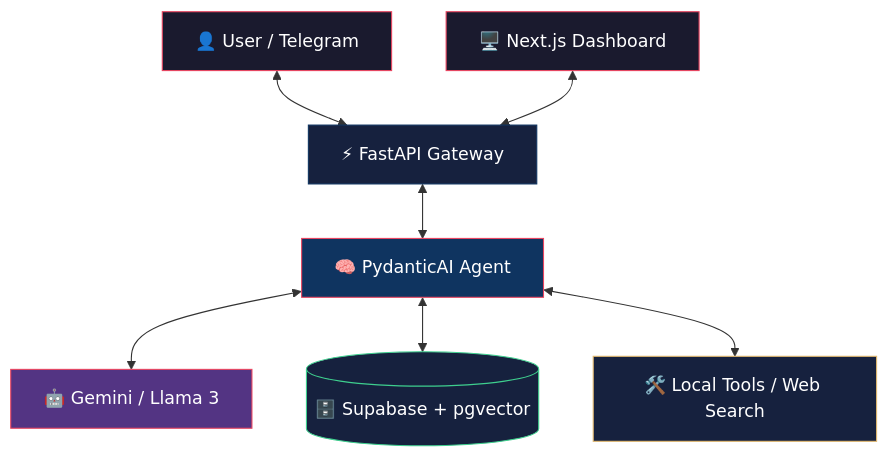
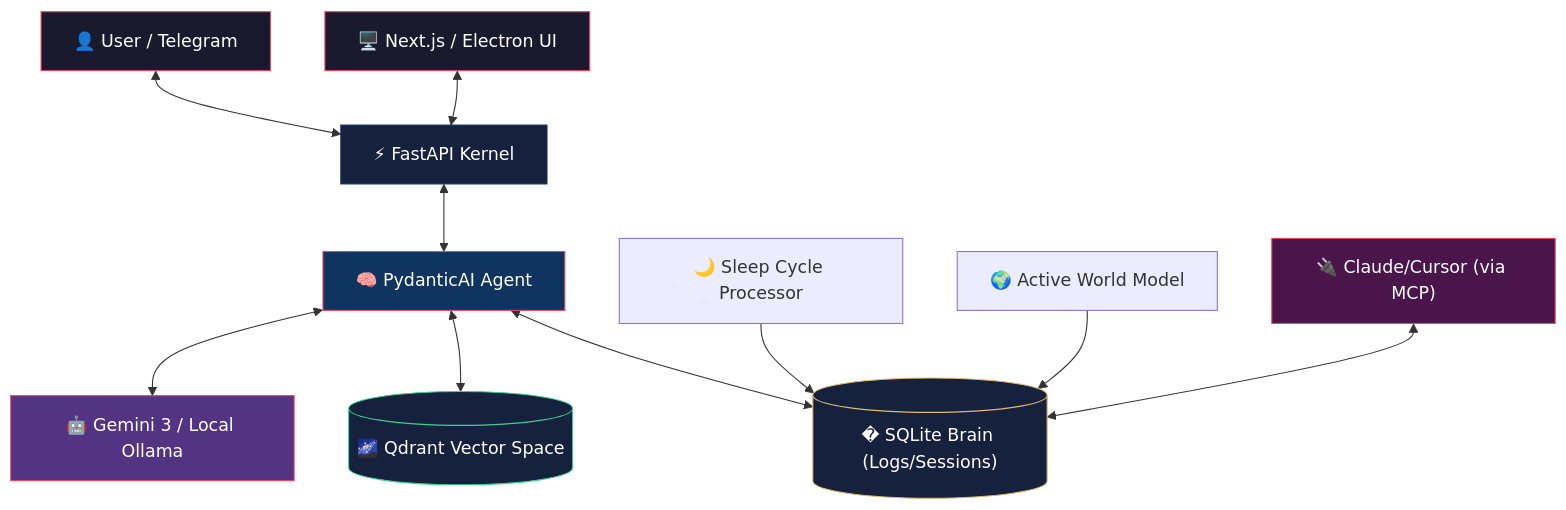
One commit to takzen/aether-agent changed the diagram in README.md. Above: the diagram before and after it, drawn with Mermaid. The commit also changed other lines of this file, not shown here.

````diff
--- a/README.md
+++ b/README.md
@@ -52,17 +56,24 @@
 ```mermaid
 graph TD
-    User["👤 User / Telegram"] <--> API["⚡ FastAPI Gateway"]
-    API <--> Agent["🧠 PydanticAI Agent"]
-    Agent <--> LLM["🤖 Gemini / Llama 3"]
-    Agent <--> DB[("🗄️ Supabase + pgvector")]
-    Agent <--> Tools["🛠️ Local Tools / Web Search"]
-    Dashboard["🖥️ Next.js Dashboard"] <--> API
+    User["👤 User / Telegram"] <--> HTTP["⚡ FastAPI Kernel"]
+    HTTP <--> Agent["🧠 PydanticAI Agent"]
+    
+    Agent <--> LLM["🤖 Gemini 3 / Local Ollama"]
+    Agent <--> Qdrant[("🌌 Qdrant Vector Space")]
+    Agent <--> SQLite[("�️ SQLite Brain (Logs/Sessions)")]
+    
+    SubAgent1["🌙 Sleep Cycle Processor"] --> SQLite
+    SubAgent2["🌍 Active World Model"] --> SQLite
+    
+    Dashboard["🖥️ Next.js / Electron UI"] <--> HTTP
+    MCP_IDE["🔌 Claude/Cursor (via MCP)"] <--> SQLite
 
     style User fill:#1a1a2e,stroke:#e94560,color:#fff
-    style API fill:#16213e,stroke:#0f3460,color:#fff
+    style HTTP fill:#16213e,stroke:#0f3460,color:#fff
     style Agent fill:#0f3460,stroke:#e94560,color:#fff
     style LLM fill:#533483,stroke:#e94560,color:#fff
-    style DB fill:#16213e,stroke:#3ecf8e,color:#fff
-    style Tools fill:#16213e,stroke:#e2b96f,color:#fff
+    style Qdrant fill:#16213e,stroke:#3ecf8e,color:#fff
+    style SQLite fill:#16213e,stroke:#e2b96f,color:#fff
     style Dashboard fill:#1a1a2e,stroke:#e94560,color:#fff
+    style MCP_IDE fill:#4a154b,stroke:#e94560,color:#fff
 ```
````
